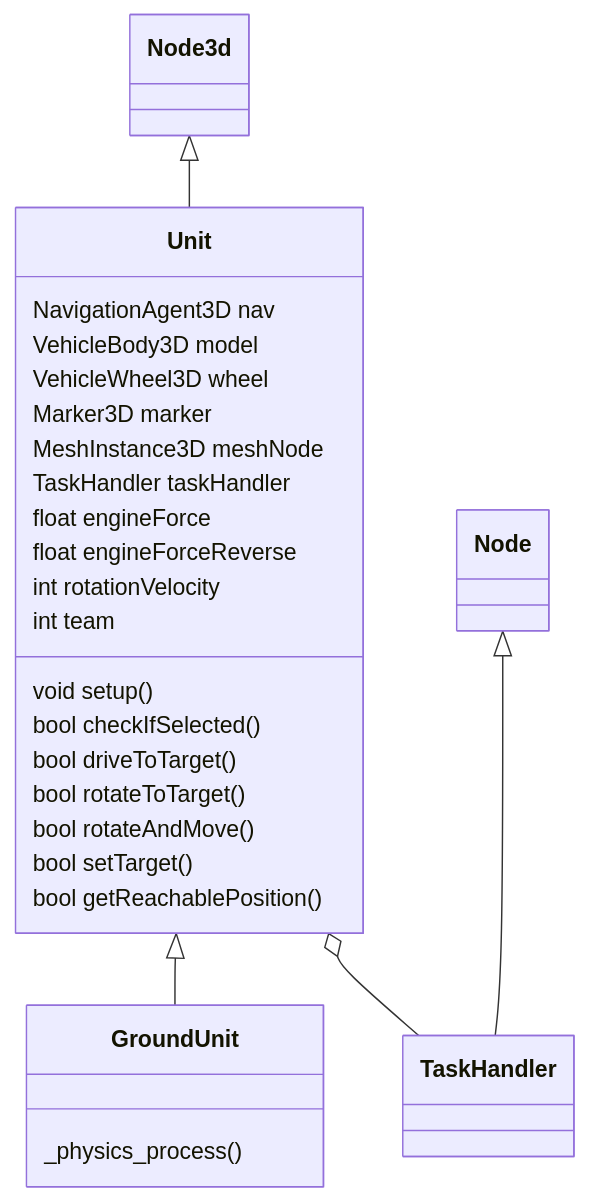
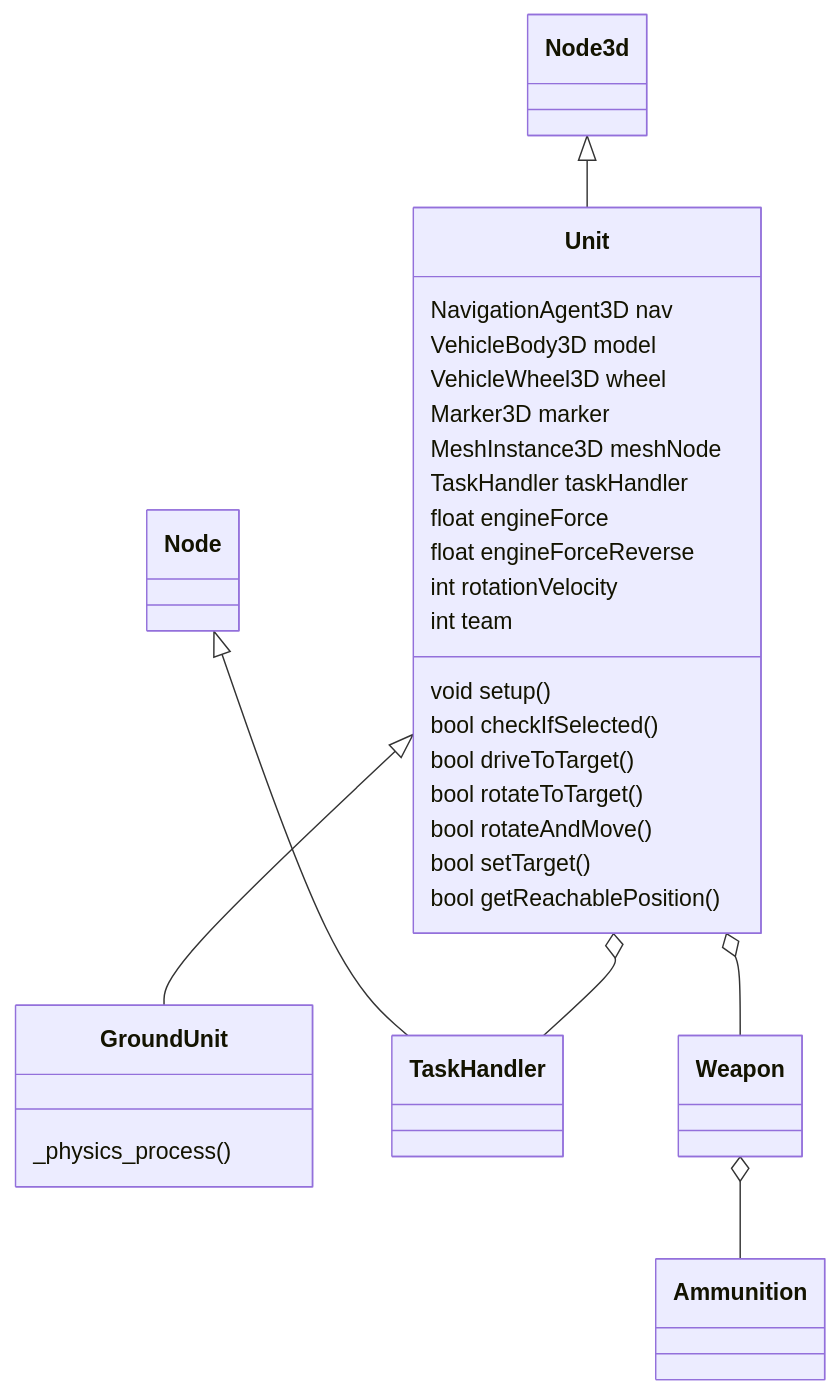
One commit to fsblab/wargameSimLite changed the diagram in docs/Unit.md. Above: the diagram before and after it, drawn with Mermaid. The commit also changed 23 other files, not shown here.

Commit message:
added weapons, added weapon details to UI for selected unit

```diff
--- a/docs/Unit.md
+++ b/docs/Unit.md
@@ -1,30 +1,32 @@
 ::: mermaid
 classDiagram
     Node3d <|-- Unit
     Unit <|-- GroundUnit
     Node <|-- TaskHandler
     Unit o-- TaskHandler
+    Unit o-- Weapon
+    Weapon o-- Ammunition
     class Unit {
         NavigationAgent3D nav
         VehicleBody3D model
         VehicleWheel3D wheel
         Marker3D marker
         MeshInstance3D meshNode
         TaskHandler taskHandler
         float engineForce
         float engineForceReverse
         int rotationVelocity
         int team
         void setup()
         bool checkIfSelected()
         bool driveToTarget()
         bool rotateToTarget()
         bool rotateAndMove()
         bool setTarget()
         bool getReachablePosition()
     }
     class GroundUnit {
         _physics_process()
     }
     click TaskHandler href "./TaskHandler.md"
 :::
```
